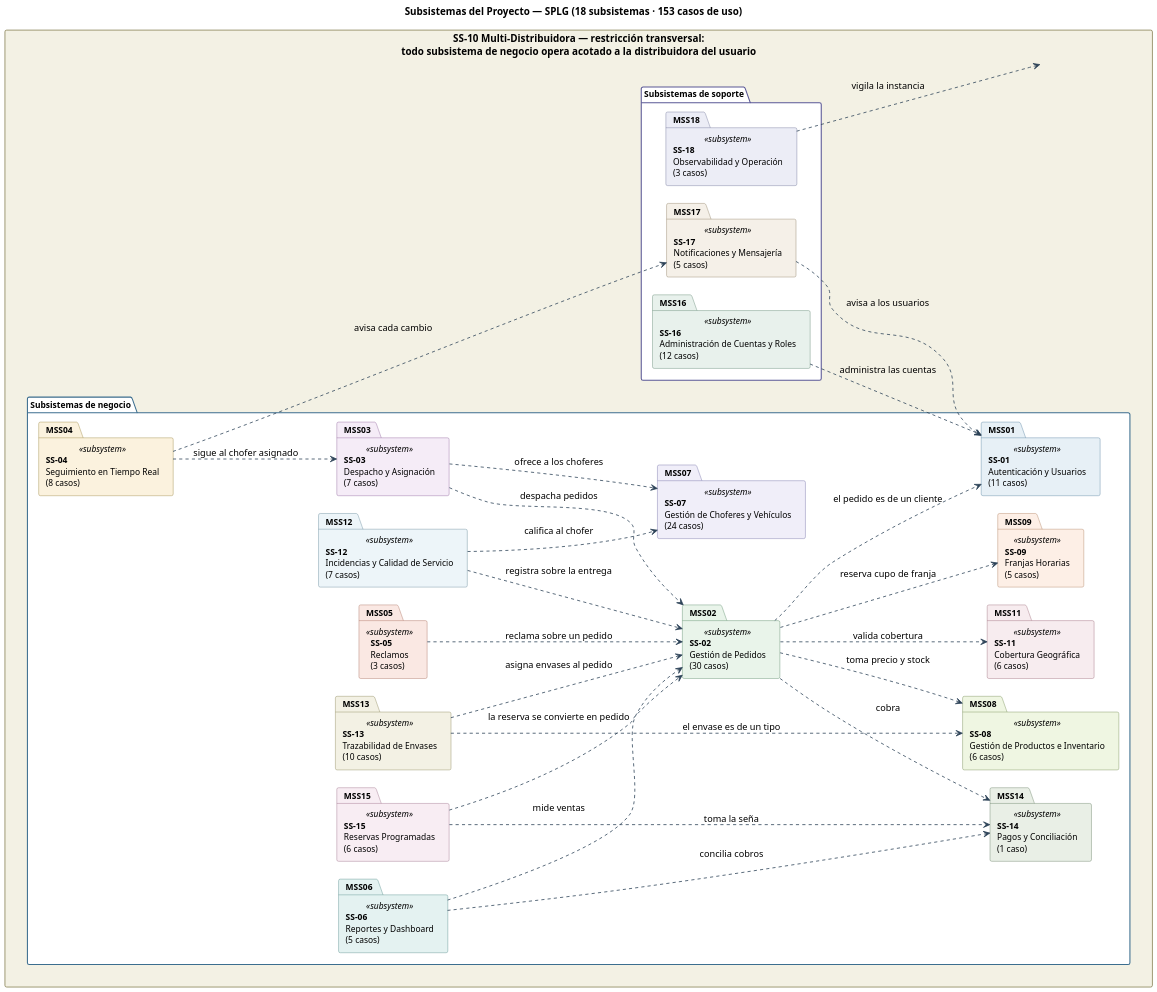
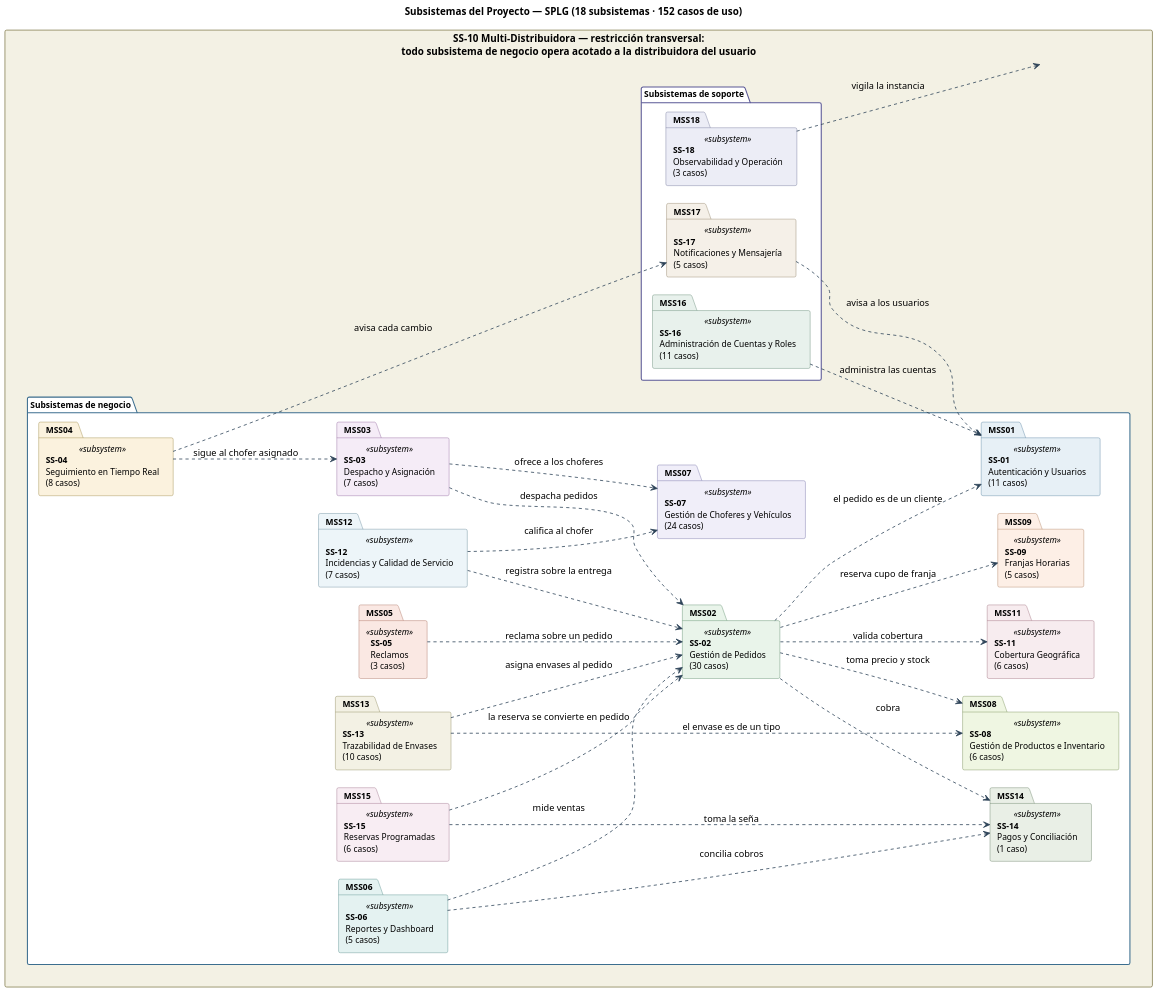
One commit to Nahuelito-Dev/splg-docs changed the diagram in diagramas/uml/CU_Sistema_Subsistemas.puml. Above: the diagram before and after it, drawn with PlantUML. The commit also changed 55 other files, not shown here.

```diff
--- a/diagramas/uml/CU_Sistema_Subsistemas.puml
+++ b/diagramas/uml/CU_Sistema_Subsistemas.puml
@@ -1,82 +1,82 @@
 @startuml
-title Subsistemas del Proyecto — SPLG (18 subsistemas · 153 casos de uso)
+title Subsistemas del Proyecto — SPLG (18 subsistemas · 152 casos de uso)
 skinparam backgroundColor #FFFFFF
 skinparam shadowing false
 skinparam defaultFontName Helvetica
 skinparam defaultFontSize 13
 skinparam dpi 150
 skinparam ArrowColor #2C4257
 skinparam ArrowThickness 1.1
 skinparam actor {
   BorderColor #2C4257
   BackgroundColor #E8EDF2
   FontSize 13
   FontStyle bold
 }
 skinparam usecase {
   BorderColor #2C4257
   BackgroundColor #FFFFFF
   FontSize 12
 }
 skinparam rectangle {
   BorderColor #6B7683
   FontSize 14
   FontStyle bold
 }
 
 skinparam nodesep 25
 skinparam ranksep 55
 skinparam package {
   BorderColor #2C4257
   FontSize 12
 }
 
 left to right direction
 
 rectangle "SS-10 Multi-Distribuidora — restricción transversal:\ntodo subsistema de negocio opera acotado a la distribuidora del usuario" as R10 #back:F3F1E4;line:7A7340 {
   package "Subsistemas de negocio" as GNEG #back:FFFFFF;line:3C6E8F {
     package "**SS-01**\nAutenticación y Usuarios\n(11 casos)" as MSS01 <<subsystem>> #back:E7F0F6;line:3C6E8F
     package "**SS-02**\nGestión de Pedidos\n(30 casos)" as MSS02 <<subsystem>> #back:E9F4EA;line:3F7A50
     package "**SS-03**\nDespacho y Asignación\n(7 casos)" as MSS03 <<subsystem>> #back:F5ECF7;line:7B4B8A
     package "**SS-04**\nSeguimiento en Tiempo Real\n(8 casos)" as MSS04 <<subsystem>> #back:FBF2DE;line:8A7326
     package "**SS-05**\nReclamos\n(3 casos)" as MSS05 <<subsystem>> #back:FAE8E3;line:9C5A46
     package "**SS-06**\nReportes y Dashboard\n(5 casos)" as MSS06 <<subsystem>> #back:E4F2F1;line:3E7C79
     package "**SS-07**\nGestión de Choferes y Vehículos\n(24 casos)" as MSS07 <<subsystem>> #back:F0EEF9;line:5A5896
     package "**SS-08**\nGestión de Productos e Inventario\n(6 casos)" as MSS08 <<subsystem>> #back:EFF6E2;line:5E7A3A
     package "**SS-09**\nFranjas Horarias\n(5 casos)" as MSS09 <<subsystem>> #back:FDEFE6;line:A26A45
     package "**SS-11**\nCobertura Geográfica\n(6 casos)" as MSS11 <<subsystem>> #back:F7ECEF;line:8E5566
     package "**SS-12**\nIncidencias y Calidad de Servicio\n(7 casos)" as MSS12 <<subsystem>> #back:EDF5F9;line:4A7488
     package "**SS-13**\nTrazabilidad de Envases\n(10 casos)" as MSS13 <<subsystem>> #back:F3F1E4;line:7A7340
     package "**SS-14**\nPagos y Conciliación\n(1 caso)" as MSS14 <<subsystem>> #back:E9EFE6;line:4E6B4A
     package "**SS-15**\nReservas Programadas\n(6 casos)" as MSS15 <<subsystem>> #back:F8EDF3;line:8A5674
   }
   package "Subsistemas de soporte" as GSOP #back:FFFFFF;line:5A5896 {
-    package "**SS-16**\nAdministración de Cuentas y Roles\n(12 casos)" as MSS16 <<subsystem>> #back:E8F1EC;line:4B7560
+    package "**SS-16**\nAdministración de Cuentas y Roles\n(11 casos)" as MSS16 <<subsystem>> #back:E8F1EC;line:4B7560
     package "**SS-17**\nNotificaciones y Mensajería\n(5 casos)" as MSS17 <<subsystem>> #back:F5F0E8;line:7C6B4C
     package "**SS-18**\nObservabilidad y Operación\n(3 casos)" as MSS18 <<subsystem>> #back:ECEDF6;line:5B5F87
   }
 }
 
 MSS02 ..> MSS01 : el pedido es de un cliente
 MSS02 ..> MSS08 : toma precio y stock
 MSS02 ..> MSS09 : reserva cupo de franja
 MSS02 ..> MSS11 : valida cobertura
 MSS02 ..> MSS14 : cobra
 MSS03 ..> MSS02 : despacha pedidos
 MSS03 ..> MSS07 : ofrece a los choferes
 MSS04 ..> MSS03 : sigue al chofer asignado
 MSS04 ..> MSS17 : avisa cada cambio
 MSS05 ..> MSS02 : reclama sobre un pedido
 MSS06 ..> MSS02 : mide ventas
 MSS06 ..> MSS14 : concilia cobros
 MSS12 ..> MSS02 : registra sobre la entrega
 MSS12 ..> MSS07 : califica al chofer
 MSS13 ..> MSS02 : asigna envases al pedido
 MSS13 ..> MSS08 : el envase es de un tipo
 MSS15 ..> MSS02 : la reserva se convierte en pedido
 MSS15 ..> MSS14 : toma la seña
 MSS16 ..> MSS01 : administra las cuentas
 MSS17 ..> MSS01 : avisa a los usuarios
 MSS18 ..> R10 : vigila la instancia
 
 @enduml
```
